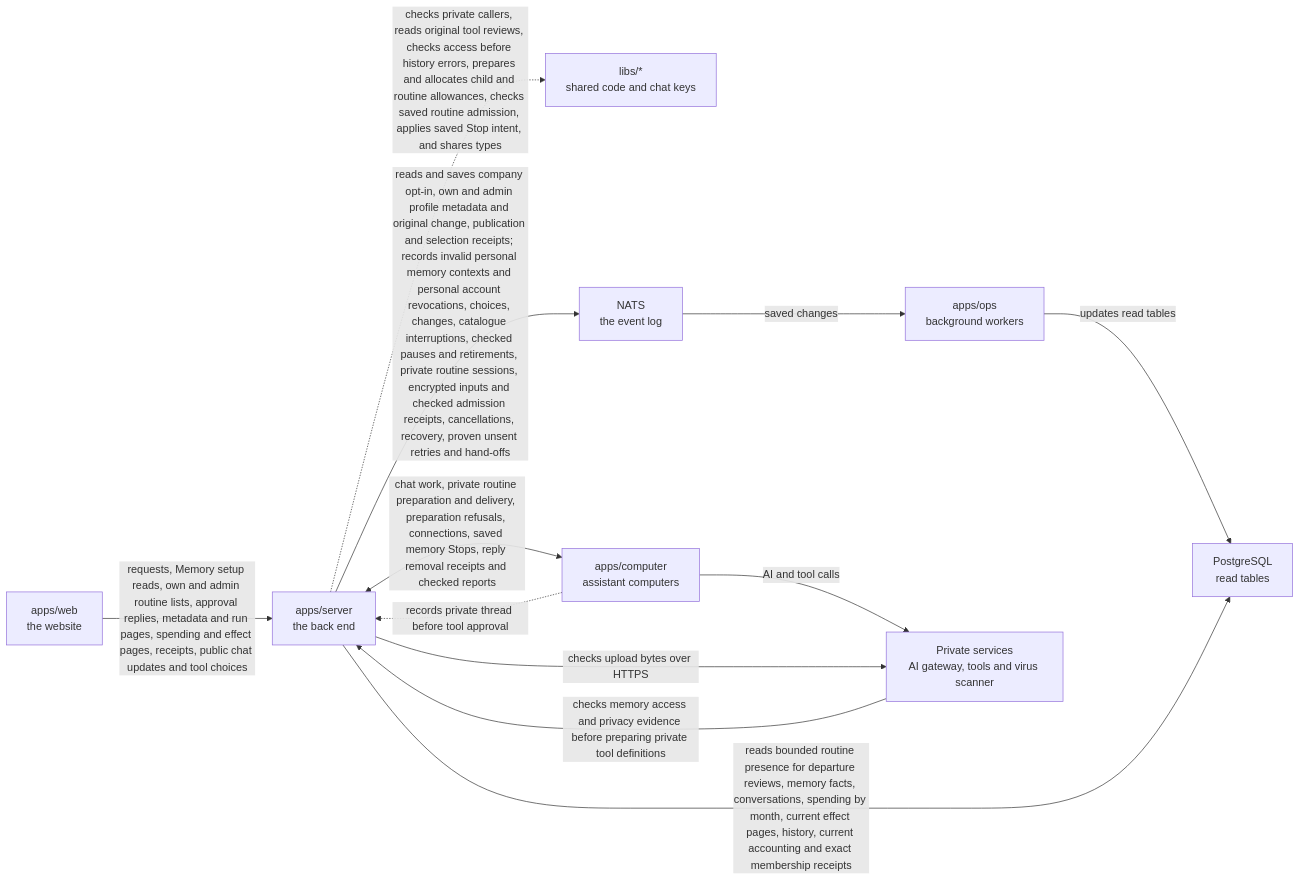
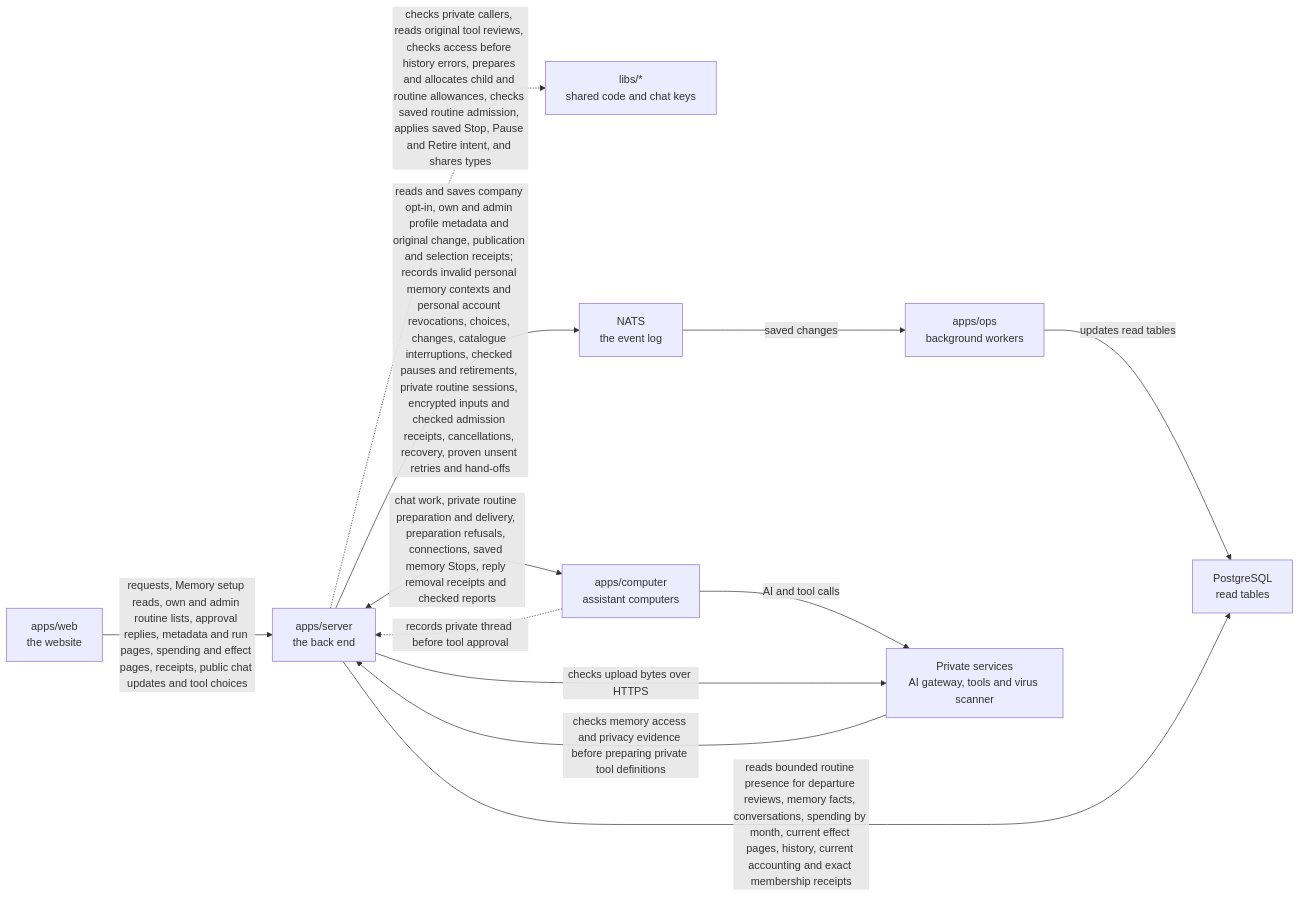
Before and after one commit to elewa-git/opencrane-new: the diagram in apps/server/README.md, drawn with Mermaid. The commit also changed other lines of this file and 14 other files, not shown here.

First line of the commit message:
⏱️ The next routine Stop lifecycle reactions stop exactly the stopped occurrence while execution stays disabled (#789)

````diff
--- a/apps/server/README.md
+++ b/apps/server/README.md
@@ -117,14 +117,14 @@
 ```mermaid
 flowchart LR
   web["apps/web<br/>the website"] -->|requests, Memory setup reads, own and admin routine lists, approval replies, metadata and run pages, spending and effect pages, receipts, public chat updates and tool choices| server["apps/server<br/>the back end"]
-  server -.->|checks private callers, reads original tool reviews, checks access before history errors, prepares and allocates child and routine allowances, checks saved routine admission, applies saved Stop intent, and shares types| libs["libs/*<br/>shared code and chat keys"]
+  server -.->|checks private callers, reads original tool reviews, checks access before history errors, prepares and allocates child and routine allowances, checks saved routine admission, applies saved Stop, Pause and Retire intent, and shares types| libs["libs/*<br/>shared code and chat keys"]
   server -->|reads and saves company opt-in, own and admin profile metadata and original change, publication and selection receipts; records invalid personal memory contexts and personal account revocations, choices, changes, catalogue interruptions, checked pauses and retirements, private routine sessions, encrypted inputs and checked admission receipts, cancellations, recovery, proven unsent retries and hand-offs| nats["NATS<br/>the event log"]
   nats -->|saved changes| ops["apps/ops<br/>background workers"]
   ops -->|updates read tables| postgres["PostgreSQL<br/>read tables"]
   server -->|reads bounded routine presence for departure reviews, memory facts, conversations, spending by month, current effect pages, history, current accounting and exact membership receipts| postgres
   server <-->|chat work, private routine preparation and delivery, preparation refusals, connections, saved memory Stops, reply removal receipts and checked reports| computer["apps/computer<br/>assistant computers"]
   computer -.->|records private thread before tool approval| server
   computer -->|AI and tool calls| runtime["Private services<br/>AI gateway, tools and virus scanner"]
   server -->|checks upload bytes over HTTPS| runtime
   runtime -->|checks memory access and privacy evidence before preparing private tool definitions| server
 ```
````
